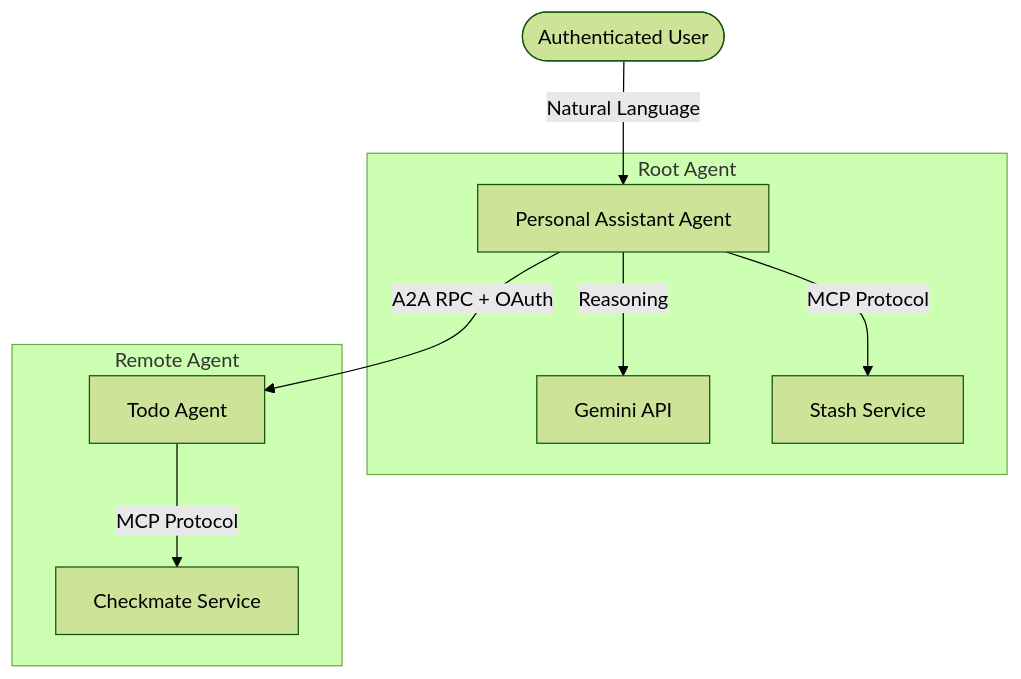
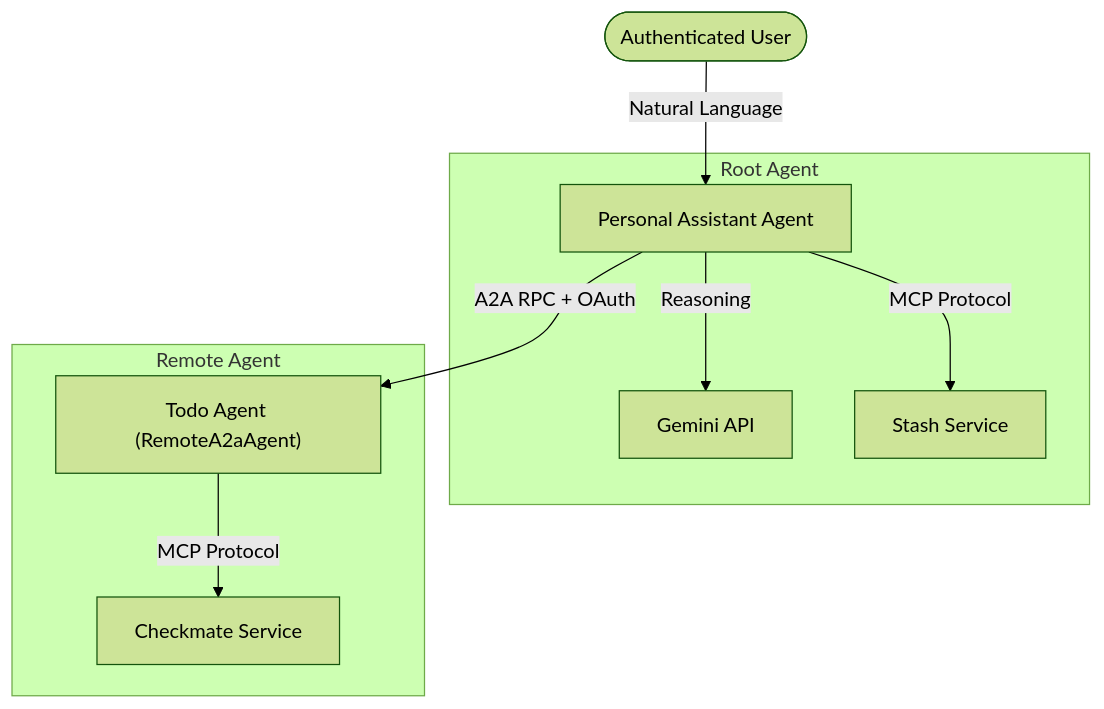
One commit to t2tse/gcr-agentic changed the first of 2 diagrams in personal-assistant-agent-design.md. Above: the diagram before and after it, drawn with Mermaid (forest theme). The commit also changed other lines of this file and 16 other files, not shown here.

````diff
--- a/personal-assistant-agent-design.md
+++ b/personal-assistant-agent-design.md
@@ -10,14 +10,14 @@
 ```mermaid
 graph TD
     User([Authenticated User]) -->|Natural Language| PAA[Personal Assistant Agent]
     
     subgraph "Root Agent"
         PAA -->|Reasoning| GeminiAPI[Gemini API] 
         PAA -->|MCP Protocol| Stash[Stash Service]
     end
     
     subgraph "Remote Agent"
-        PAA -->|A2A RPC + OAuth| TodoAgent[Todo Agent]
+        PAA -->|A2A RPC + OAuth| TodoAgent["Todo Agent (RemoteA2aAgent)"]
         TodoAgent -->|MCP Protocol| Checkmate[Checkmate Service]
     end
 ```
````
